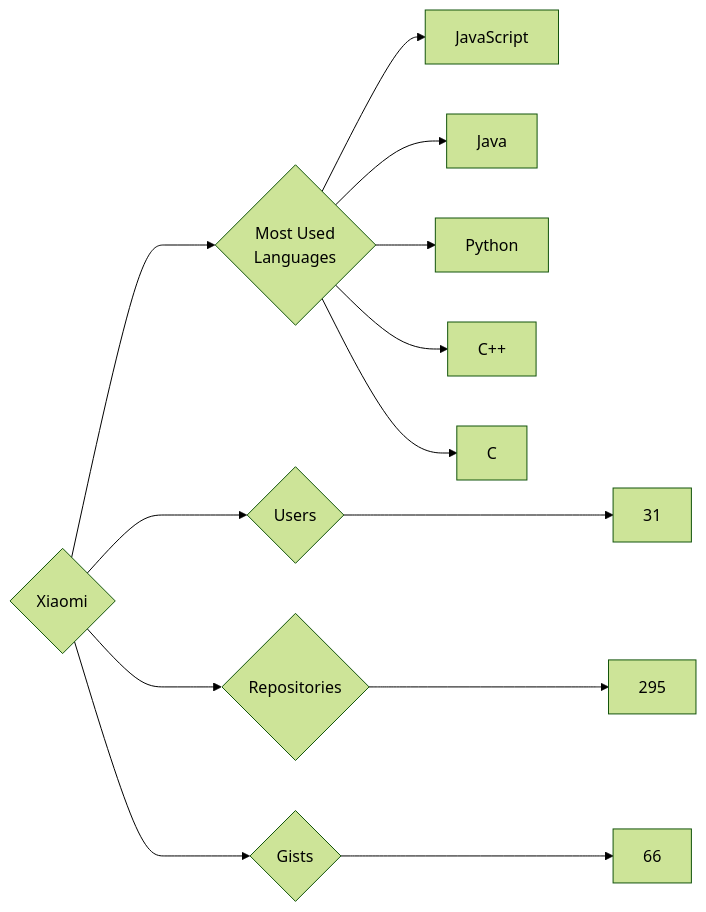
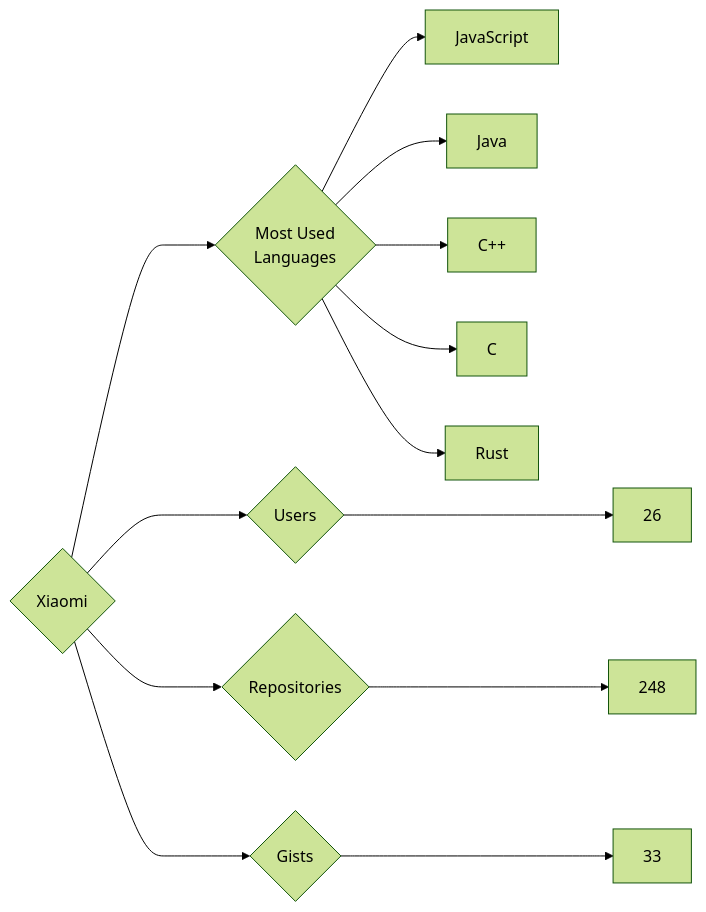
Before and after one commit to trickest/insiders: the diagram in targets/Xiaomi/README.md, drawn with Mermaid (forest theme). The commit also changed 1248 other files, not shown here.

````diff
--- a/targets/Xiaomi/README.md
+++ b/targets/Xiaomi/README.md
@@ -3,13 +3,13 @@
 ```mermaid
 graph LR
 COMPANY_NAME{Xiaomi}
-COMPANY_NAME ---> U{Users} ---> UN[31]
-COMPANY_NAME ---> R{Repositories} ---> RN[295]
-COMPANY_NAME ---> G{Gists} ---> GN[66]
+COMPANY_NAME ---> U{Users} ---> UN[26]
+COMPANY_NAME ---> R{Repositories} ---> RN[248]
+COMPANY_NAME ---> G{Gists} ---> GN[33]
 COMPANY_NAME ---> ML{Most Used<br>Languages}
 ML --> JavaScript[JavaScript]
 ML --> Java[Java]
-ML --> Python[Python]
 ML --> C++[C++]
 ML --> C[C]
+ML --> Rust[Rust]
 ```
````
